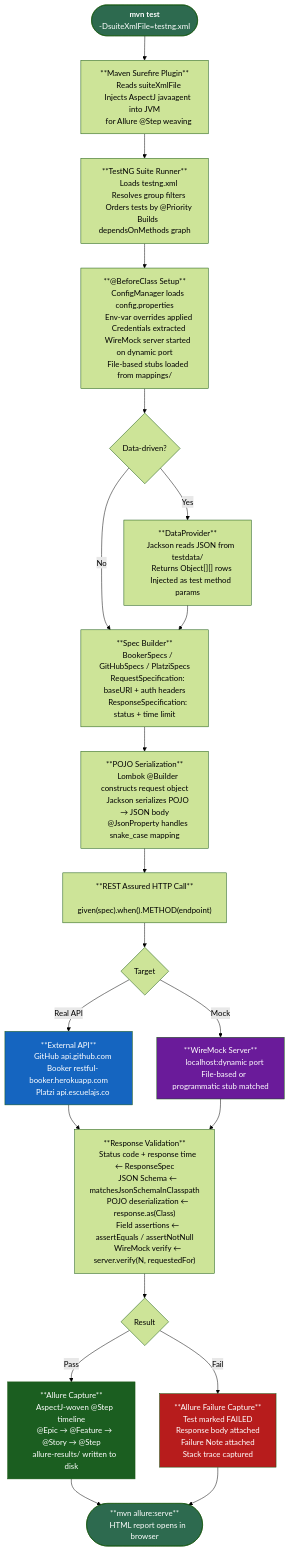
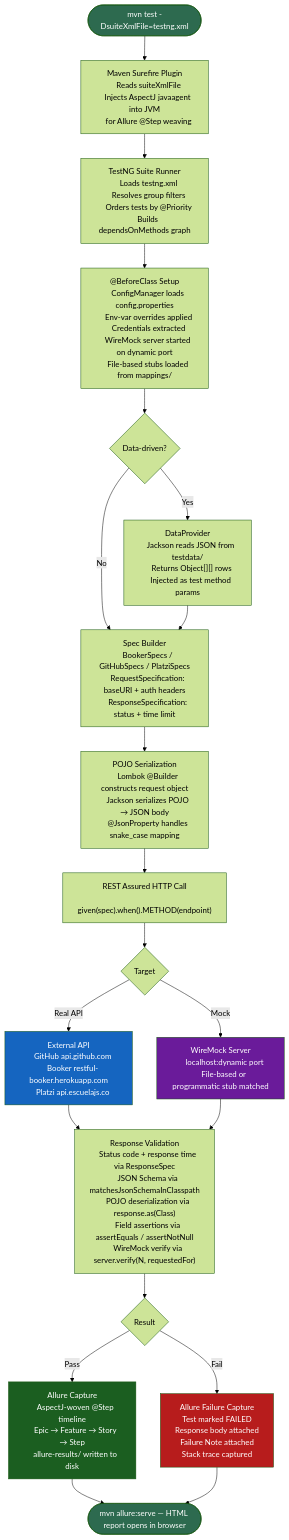
One commit to meghana-mp/rest-assured-project changed the diagram in README.md. Above: the diagram before and after it, drawn with Mermaid (forest theme). The commit also changed other lines of this file and 1 other file, not shown here.

First line of the commit message:
docs: fix Mermaid flowchart, remove inventory/failure tables, add screenshots section

````diff
--- a/README.md
+++ b/README.md
@@ -116,20 +116,19 @@
 ```mermaid
 flowchart TD
-    A(["`**mvn test**
-    -DsuiteXmlFile=testng.xml`"]) --> B
+    A(["mvn test -DsuiteXmlFile=testng.xml"]) --> B
 
-    B["**Maven Surefire Plugin**
+    B["Maven Surefire Plugin
     Reads suiteXmlFile
     Injects AspectJ javaagent into JVM
     for Allure @Step weaving"]
 
-    B --> C["**TestNG Suite Runner**
+    B --> C["TestNG Suite Runner
     Loads testng.xml
     Resolves group filters
     Orders tests by @Priority
     Builds dependsOnMethods graph"]
 
-    C --> D["**@BeforeClass Setup**
+    C --> D["@BeforeClass Setup
     ConfigManager loads config.properties
     Env-var overrides applied
     Credentials extracted
@@ -138,55 +137,55 @@
 
     D --> E{Data-driven?}
 
-    E -->|Yes| F["**DataProvider**
+    E -->|Yes| F["DataProvider
     Jackson reads JSON from testdata/
     Returns Object[][] rows
     Injected as test method params"]
 
     E -->|No| G
 
-    F --> G["**Spec Builder**
+    F --> G["Spec Builder
     BookerSpecs / GitHubSpecs / PlatziSpecs
     RequestSpecification: baseURI + auth headers
     ResponseSpecification: status + time limit"]
 
-    G --> H["**POJO Serialization**
+    G --> H["POJO Serialization
     Lombok @Builder constructs request object
     Jackson serializes POJO → JSON body
     @JsonProperty handles snake_case mapping"]
 
-    H --> I["**REST Assured HTTP Call**
+    H --> I["REST Assured HTTP Call
     given(spec).when().METHOD(endpoint)"]
 
     I --> J{Target}
 
-    J -->|Real API| K["**External API**
+    J -->|Real API| K["External API
     GitHub api.github.com
     Booker restful-booker.herokuapp.com
     Platzi api.escuelajs.co"]
 
-    J -->|Mock| L["**WireMock Server**
+    J -->|Mock| L["WireMock Server
     localhost:dynamic port
     File-based or programmatic stub matched"]
 
     K --> M
     L --> M
 
-    M["**Response Validation**
-    Status code + response time ← ResponseSpec
-    JSON Schema ← matchesJsonSchemaInClasspath
-    POJO deserialization ← response.as(Class)
-    Field assertions ← assertEquals / assertNotNull
-    WireMock verify ← server.verify(N, requestedFor)"]
+    M["Response Validation
+    Status code + response time via ResponseSpec
+    JSON Schema via matchesJsonSchemaInClasspath
+    POJO deserialization via response.as(Class)
+    Field assertions via assertEquals / assertNotNull
+    WireMock verify via server.verify(N, requestedFor)"]
 
     M --> N{Result}
 
-    N -->|Pass| O["**Allure Capture**
+    N -->|Pass| O["Allure Capture
     AspectJ-woven @Step timeline
-    @Epic → @Feature → @Story → @Step
+    Epic → Feature → Story → Step
     allure-results/ written to disk"]
 
-    N -->|Fail| P["**Allure Failure Capture**
+    N -->|Fail| P["Allure Failure Capture
     Test marked FAILED
     Response body attached
     Failure Note attached
@@ -195,8 +194,7 @@
     O --> Q
     P --> Q
 
-    Q(["**mvn allure:serve**
-    HTML report opens in browser"])
+    Q(["mvn allure:serve — HTML report opens in browser"])
 
     style A fill:#2d6a4f,color:#fff
     style Q fill:#2d6a4f,color:#fff
````
